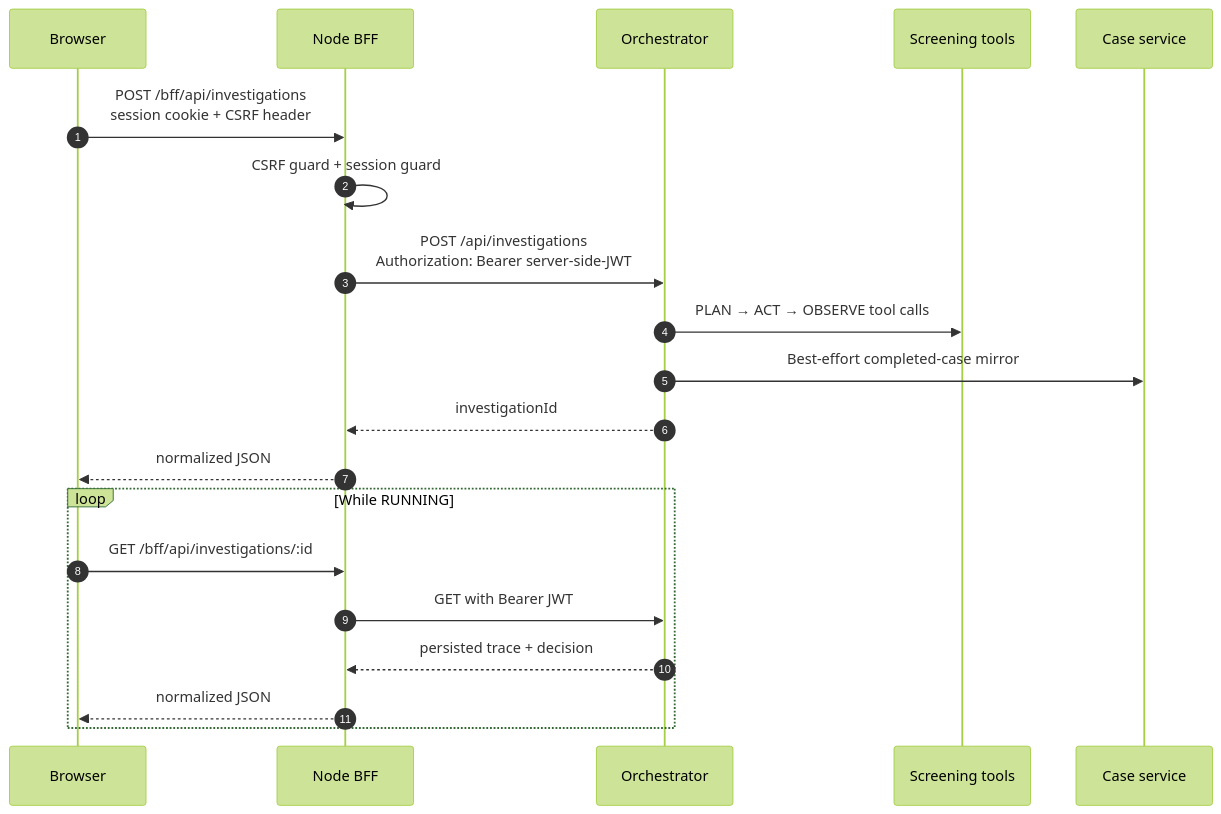
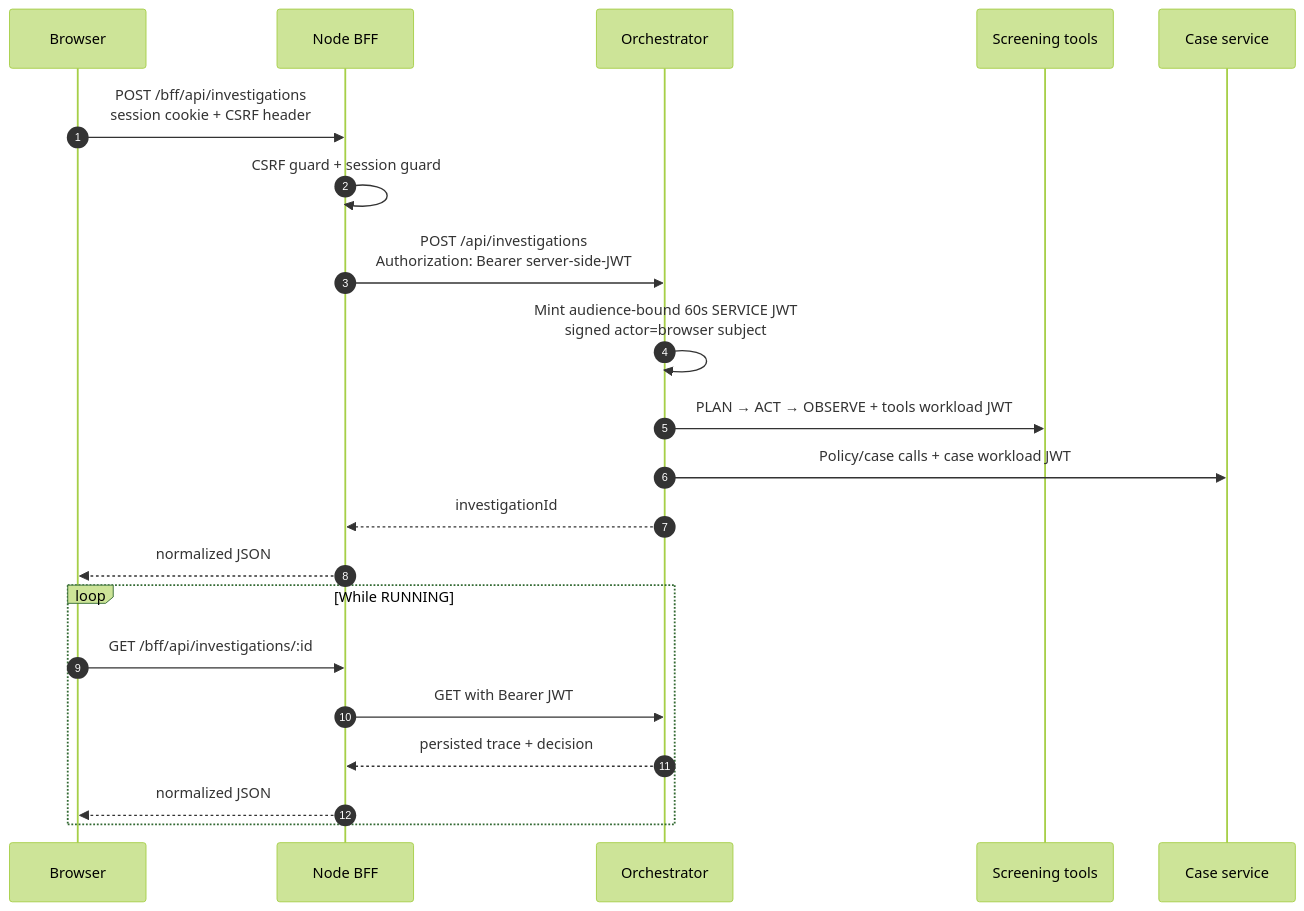
One commit to Redchar1992/Argus changed the fourth of 5 diagrams in docs/architecture.md. Above: the diagram before and after it, drawn with Mermaid (forest theme). The commit also changed other lines of this file and 54 other files, not shown here.

````diff
--- a/docs/architecture.md
+++ b/docs/architecture.md
@@ -219,23 +221,24 @@
 ```mermaid
 sequenceDiagram
     autonumber
     participant Browser
     participant BFF as Node BFF
     participant Agent as Orchestrator
     participant Tools as Screening tools
     participant Cases as Case service
 
     Browser->>BFF: POST /bff/api/investigations<br/>session cookie + CSRF header
     BFF->>BFF: CSRF guard + session guard
     BFF->>Agent: POST /api/investigations<br/>Authorization: Bearer server-side-JWT
-    Agent->>Tools: PLAN → ACT → OBSERVE tool calls
-    Agent->>Cases: Best-effort completed-case mirror
+    Agent->>Agent: Mint audience-bound 60s SERVICE JWT<br/>signed actor=browser subject
+    Agent->>Tools: PLAN → ACT → OBSERVE + tools workload JWT
+    Agent->>Cases: Policy/case calls + case workload JWT
     Agent-->>BFF: investigationId
     BFF-->>Browser: normalized JSON
     loop While RUNNING
         Browser->>BFF: GET /bff/api/investigations/:id
         BFF->>Agent: GET with Bearer JWT
         Agent-->>BFF: persisted trace + decision
         BFF-->>Browser: normalized JSON
     end
 ```
````
